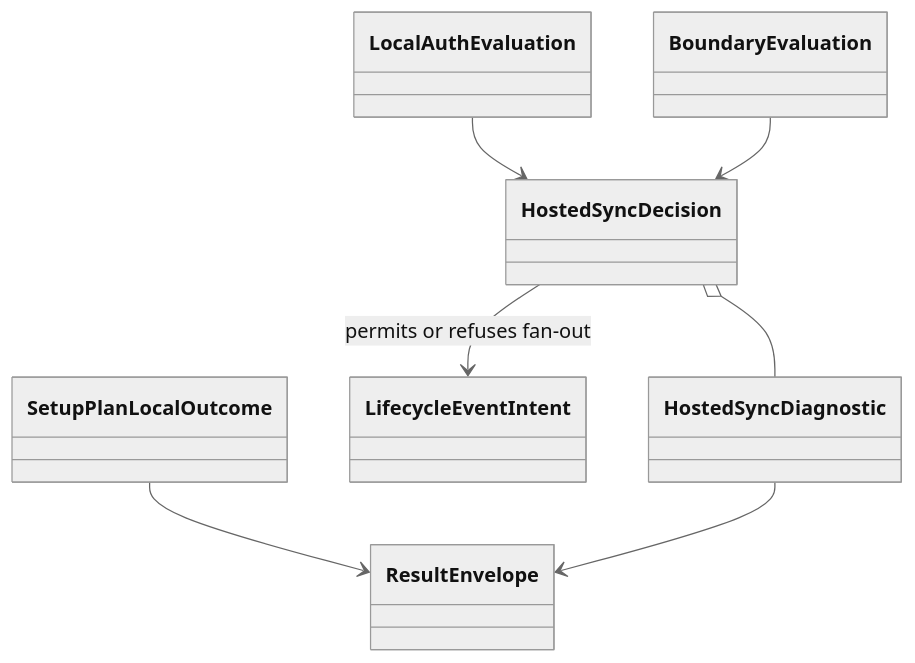
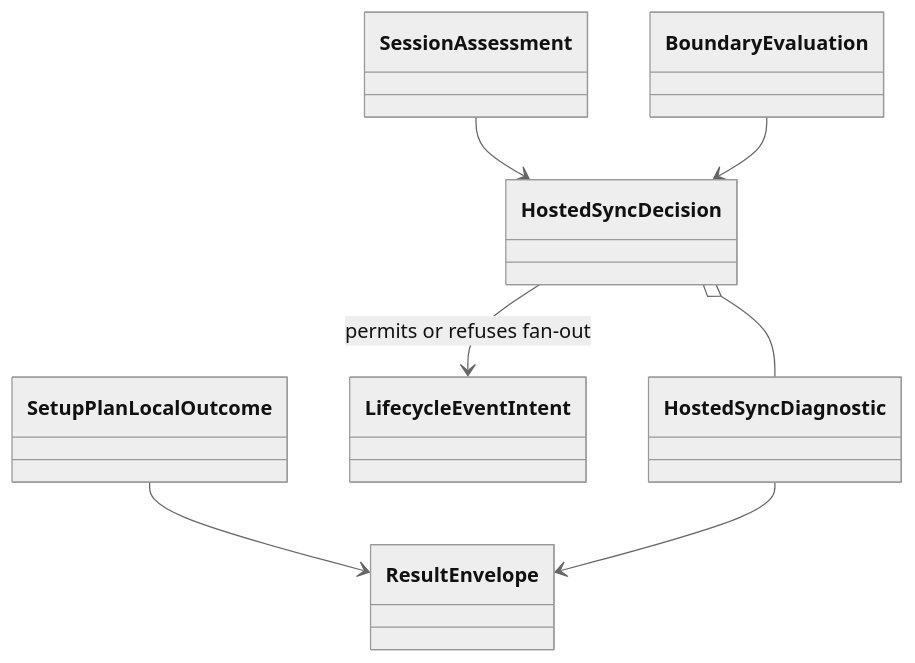
One commit to Priivacy-ai/spec-kitty changed the diagram in kitty-specs/setup-plan-auth-diagnostics-nonfatal-01M0QEAD/data-model.md. Above: the diagram before and after it, drawn with Mermaid (neutral theme). The commit also changed other lines of this file and 6 other files, not shown here.

Commit message:
Reframe setup-plan auth as session assessment

````diff
--- a/kitty-specs/setup-plan-auth-diagnostics-nonfatal-01M0QEAD/data-model.md
+++ b/kitty-specs/setup-plan-auth-diagnostics-nonfatal-01M0QEAD/data-model.md
@@ -96,9 +99,9 @@
 ```mermaid
 classDiagram
-    LocalAuthEvaluation --> HostedSyncDecision
+    SessionAssessment --> HostedSyncDecision
     BoundaryEvaluation --> HostedSyncDecision
     HostedSyncDecision o-- HostedSyncDiagnostic
     HostedSyncDecision --> LifecycleEventIntent : permits or refuses fan-out
     SetupPlanLocalOutcome --> ResultEnvelope
     HostedSyncDiagnostic --> ResultEnvelope
 ```
````
